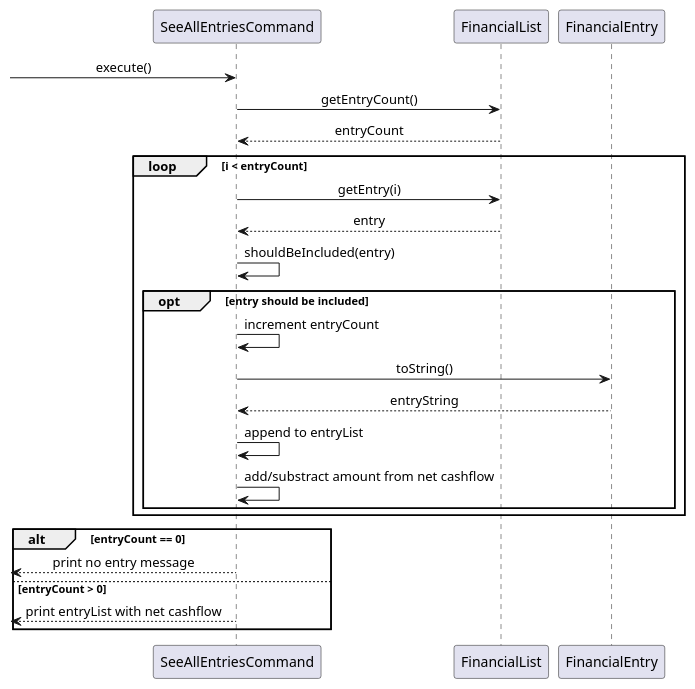
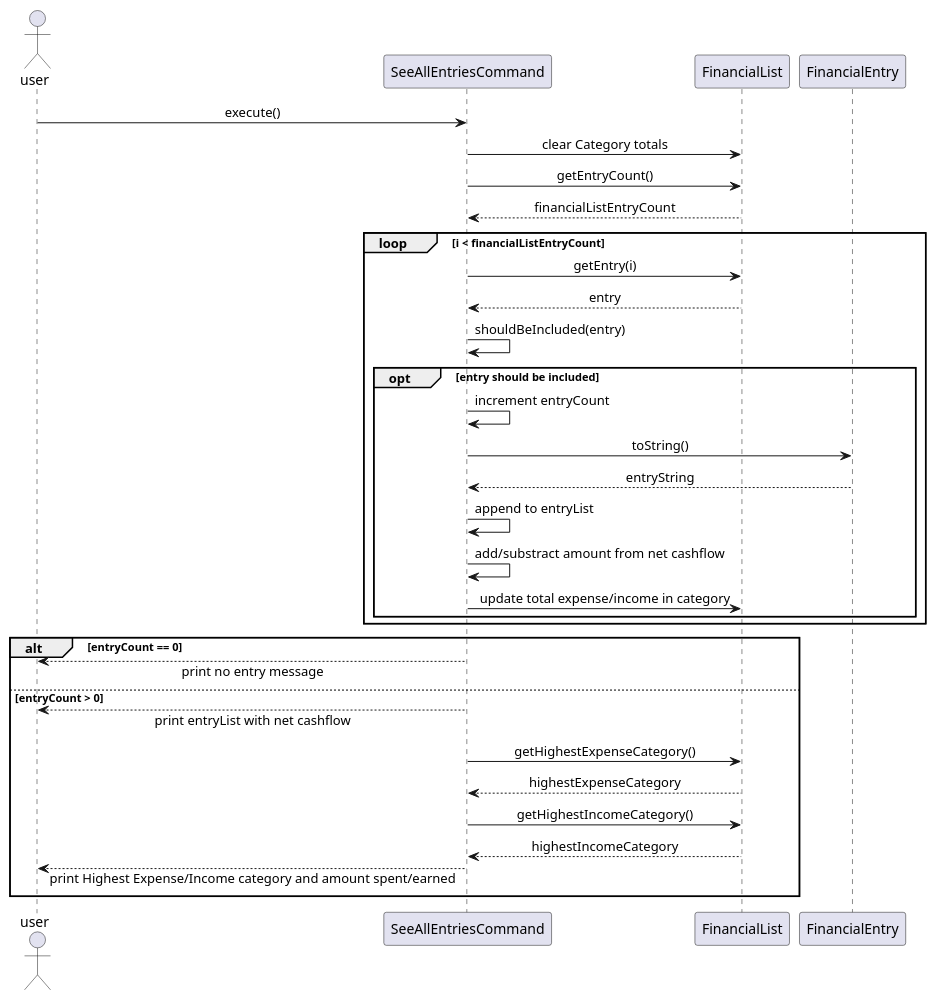
Before and after one commit to nus-cs2113-AY2425S1/tp: the diagram in docs/UML/SeeAllEntriesExecution.puml, drawn with PlantUML. The commit also changed 4 other files, not shown here.

Commit message:
Update diagrams for DG List Entries section

```diff
--- a/docs/UML/SeeAllEntriesExecution.puml
+++ b/docs/UML/SeeAllEntriesExecution.puml
@@ -1,38 +1,44 @@
 @startuml
 skinparam sequenceMessageAlign center
 skinparam responseMessageBelowArrow true
 
-
+actor user
 participant "SeeAllEntriesCommand" as cmd
 participant "FinancialList" as list
 participant "FinancialEntry" as entry
 
 
--> cmd : execute()
+user -> cmd : execute()
+cmd -> list : clear Category totals
+cmd -> list : getEntryCount()
+return financialListEntryCount
 
-cmd -> list : getEntryCount()
-return entryCount
-
-loop i < entryCount
+loop i < financialListEntryCount
     cmd -> list : getEntry(i)
     return entry
 
     cmd -> cmd : shouldBeIncluded(entry)
 
     opt entry should be included
         cmd -> cmd : increment entryCount
         cmd -> entry : toString()
         return entryString
         cmd -> cmd : append to entryList
         cmd -> cmd : add/substract amount from net cashflow
+        cmd -> list : update total expense/income in category
     end
 end
 
 alt entryCount == 0
-    <-- cmd : print no entry message
+    user <-- cmd : print no entry message
 else entryCount > 0
-    <-- cmd: print entryList with net cashflow
+    user <-- cmd: print entryList with net cashflow
+    cmd -> list : getHighestExpenseCategory()
+    list --> cmd: highestExpenseCategory
+    cmd -> list : getHighestIncomeCategory()
+    list --> cmd: highestIncomeCategory
+    user <-- cmd: print Highest Expense/Income category and amount spent/earned
 end
 
 deactivate cmd
 @enduml
```
